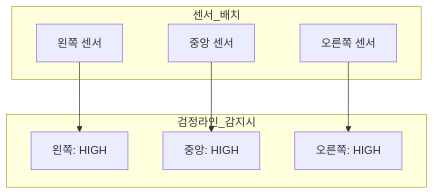
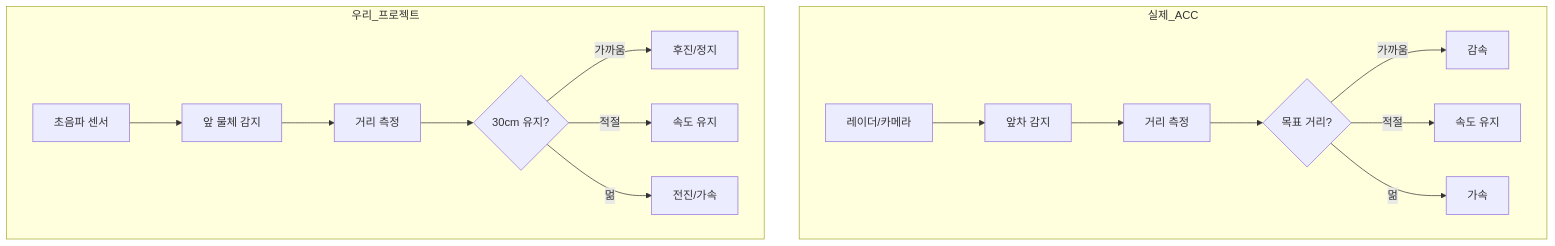
Before and after one commit to Collegenie-X/Arduino_AutoPlot: diagram 13 of 17 in document/curriculum_autoplot_2day.md, drawn with Mermaid. The commit also changed other lines of this file and 3 other files, not shown here.

````diff
--- a/document/curriculum_autoplot_2day.md
+++ b/document/curriculum_autoplot_2day.md
@@ -382,18 +734,20 @@
 ```mermaid
 flowchart TB
-    subgraph 센서_배치
-        L[왼쪽 센서]
-        C[중앙 센서]
-        R[오른쪽 센서]
+    subgraph 실제_ACC
+        A[레이더/카메라] --> B[앞차 감지]
+        B --> C[거리 측정]
+        C --> D{목표 거리?}
+        D -->|가까움| E[감속]
+        D -->|적절| F[속도 유지]
+        D -->|멂| G[가속]
     end
     
-    subgraph 검정라인_감지시
-        L1[왼쪽: HIGH]
-        C1[중앙: HIGH]
-        R1[오른쪽: HIGH]
+    subgraph 우리_프로젝트
+        H[초음파 센서] --> I[앞 물체 감지]
+        I --> J[거리 측정]
+        J --> K{30cm 유지?}
+        K -->|가까움| L[후진/정지]
+        K -->|적절| M[속도 유지]
+        K -->|멂| N[전진/가속]
     end
-    
-    L --> L1
-    C --> C1
-    R --> R1
 ```
````
